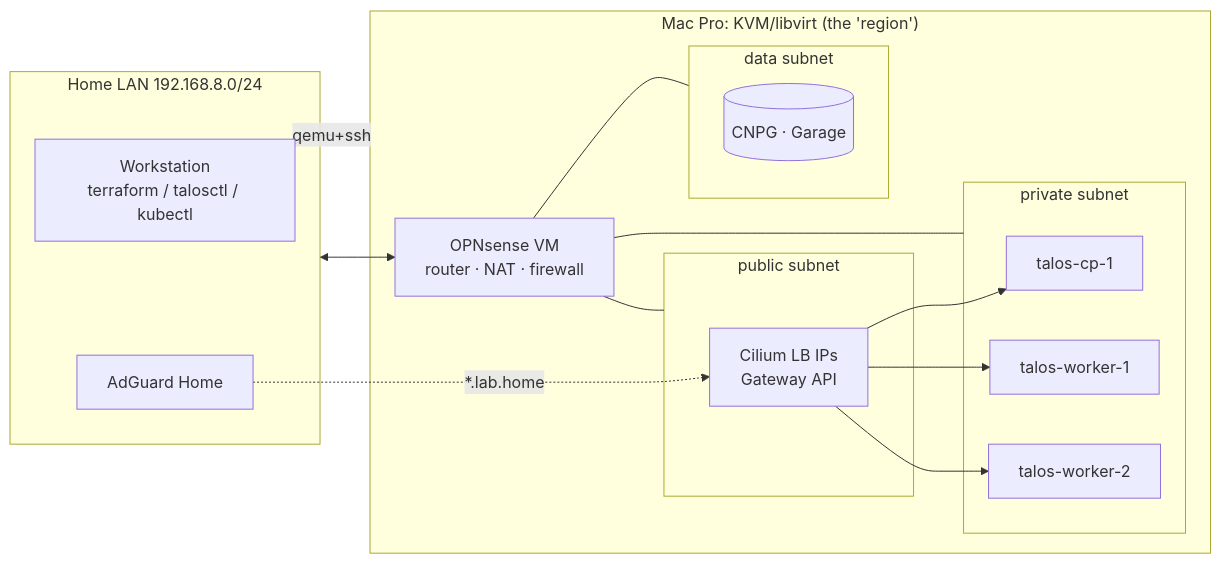
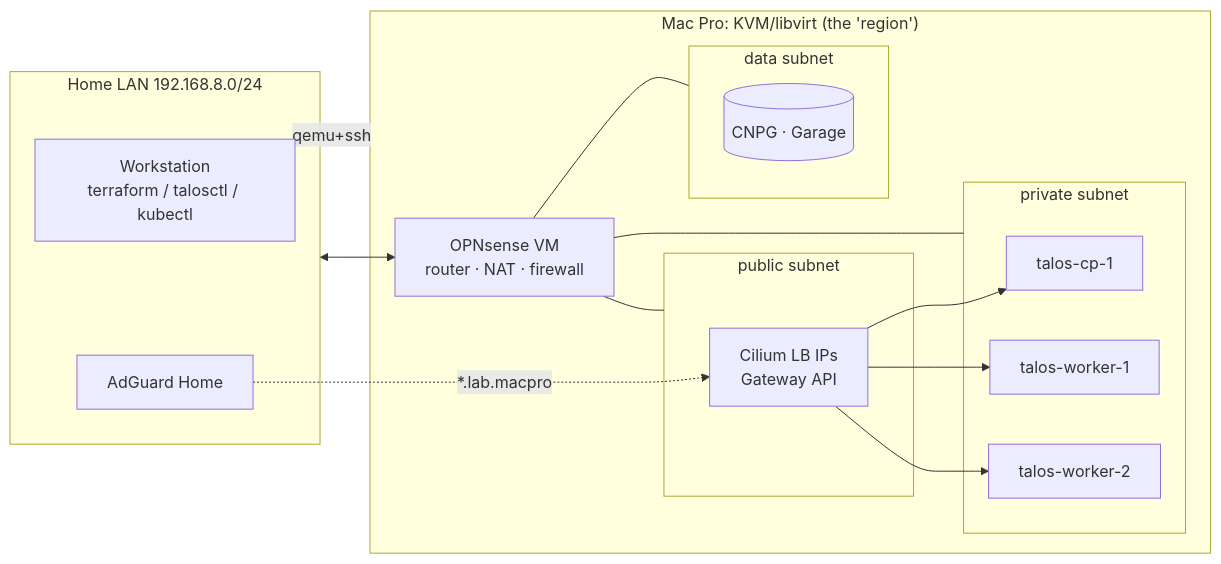
One commit to nok500/homelab-cloud changed the diagram in README.md. Above: the diagram before and after it, drawn with Mermaid. The commit also changed 5 other files, not shown here.

First line of the commit message:
feat(dns): rename lab zone to lab.macpro, record DNS design (ADR 0004)

````diff
--- a/README.md
+++ b/README.md
@@ -12,26 +12,26 @@
 ```mermaid
 flowchart LR
   subgraph LAN["Home LAN 192.168.8.0/24"]
     ws[Workstation<br/>terraform / talosctl / kubectl]
     dns[AdGuard Home]
   end
   subgraph host["Mac Pro: KVM/libvirt (the 'region')"]
     opn[OPNsense VM<br/>router · NAT · firewall]
     subgraph pub["public subnet"]
       lb[Cilium LB IPs<br/>Gateway API]
     end
     subgraph priv["private subnet"]
       cp[talos-cp-1]
       w1[talos-worker-1]
       w2[talos-worker-2]
     end
     subgraph data["data subnet"]
       db[(CNPG · Garage)]
     end
   end
   ws -- qemu+ssh --> host
   LAN <--> opn
   opn --- pub & priv & data
   lb --> cp & w1 & w2
-  dns -. "*.lab.home" .-> lb
+  dns -. "*.lab.macpro" .-> lb
 ```
````
